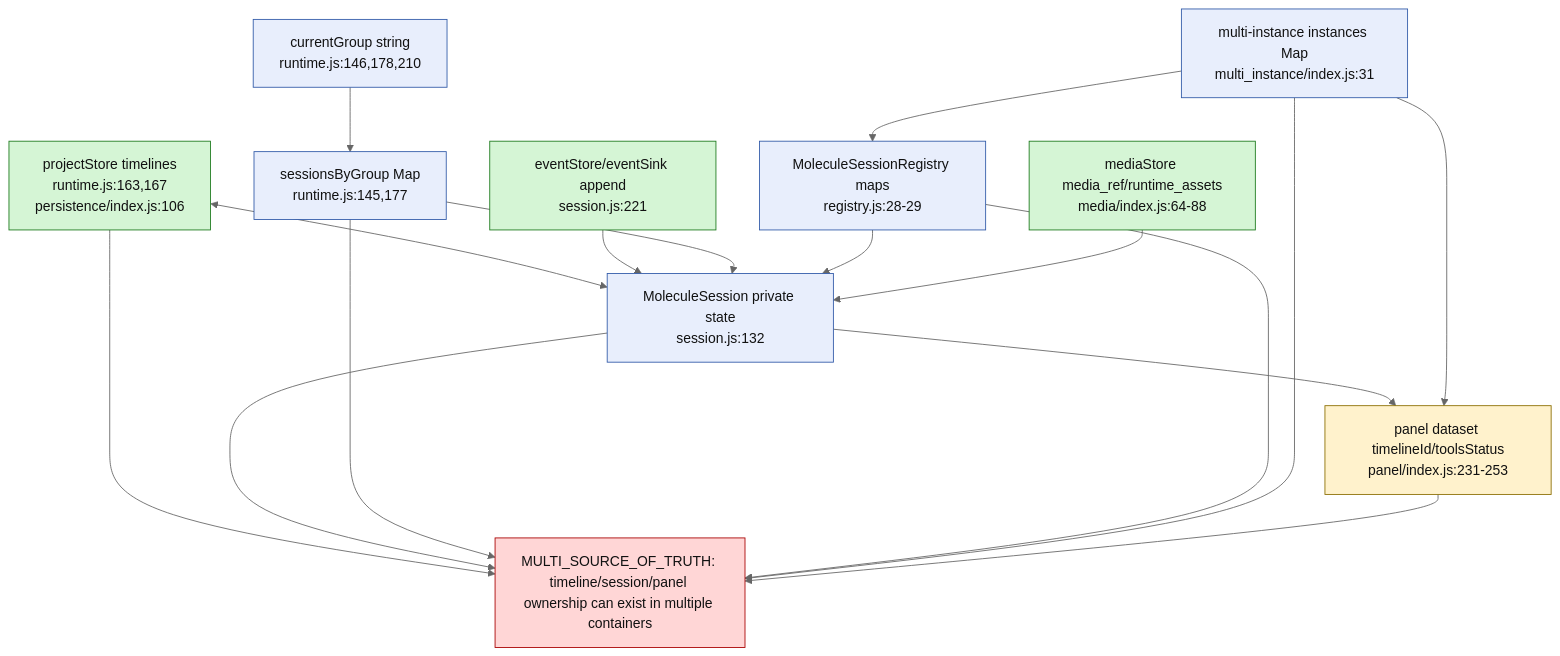
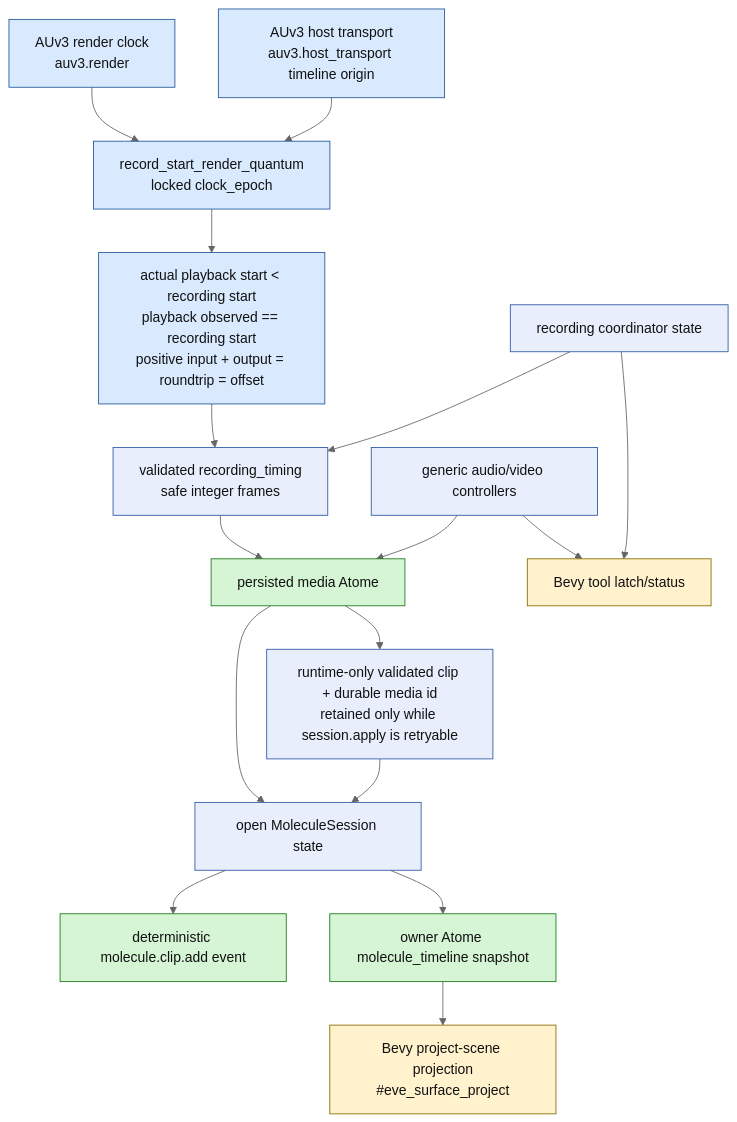
Before and after one commit to atomecorp/a: the diagram in atome/documentations/graphs/molecule/04-source-of-truth-graph.md, drawn with Mermaid (neutral theme). The commit also changed other lines of this file and 119 other files, not shown here.

````diff
--- a/atome/documentations/graphs/molecule/04-source-of-truth-graph.md
+++ b/atome/documentations/graphs/molecule/04-source-of-truth-graph.md
@@ -3,35 +3,41 @@
 ```mermaid
 flowchart TD
-  ProjectStore["projectStore timelines\nruntime.js:163,167\npersistence/index.js:106"]:::truth
-  EventStore["eventStore/eventSink append\nsession.js:221"]:::truth
-  SessionState["MoleculeSession private state\nsession.js:132"]:::runtime
-  SessionsByGroup["sessionsByGroup Map\nruntime.js:145,177"]:::runtime
-  Registry["MoleculeSessionRegistry maps\nregistry.js:28-29"]:::runtime
-  Instances["multi-instance instances Map\nmulti_instance/index.js:31"]:::runtime
-  PanelDom["panel dataset timelineId/toolsStatus\npanel/index.js:231-253"]:::ui
-  CurrentGroup["currentGroup string\nruntime.js:146,178,210"]:::runtime
-  MediaRefs["mediaStore media_ref/runtime_assets\nmedia/index.js:64-88"]:::truth
+  RenderClock["AUv3 render clock\nauv3.render"]:::clock
+  HostClock["AUv3 host transport\nauv3.host_transport timeline origin"]:::clock
+  StartQuantum["record_start_render_quantum\nlocked clock_epoch"]:::clock
+  NativeFrames["actual playback start < recording start\nplayback observed == recording start\npositive input + output = roundtrip = offset"]:::clock
 
-  ProjectStore <--> SessionState
-  EventStore --> SessionState
-  SessionState --> PanelDom
-  SessionsByGroup --> SessionState
-  Registry --> SessionState
-  Instances --> Registry
-  Instances --> PanelDom
-  CurrentGroup --> SessionsByGroup
-  MediaRefs --> SessionState
+  RenderClock --> StartQuantum
+  HostClock --> StartQuantum
+  StartQuantum --> NativeFrames
+  NativeFrames --> Timing["validated recording_timing\nsafe integer frames"]:::runtime
 
-  MultiSource["MULTI_SOURCE_OF_TRUTH: timeline/session/panel ownership can exist in multiple containers"]:::risk
-  ProjectStore --> MultiSource
-  SessionState --> MultiSource
-  SessionsByGroup --> MultiSource
-  Registry --> MultiSource
-  Instances --> MultiSource
-  PanelDom --> MultiSource
+  MediaAtome["persisted media Atome"]:::durable
+  TimelineAtome["owner Atome molecule_timeline snapshot"]:::durable
+  EventLog["deterministic molecule.clip.add event"]:::durable
+  Session["open MoleculeSession state"]:::runtime
+  Coordinator["recording coordinator state"]:::runtime
+  BevyScene["Bevy project-scene projection\n#eve_surface_project"]:::projection
+  UiLatch["Bevy tool latch/status"]:::projection
 
-  classDef truth fill:#d5f5d5,stroke:#1d7a1d,color:#111
+  Coordinator --> Timing
+  Timing --> MediaAtome
+  MediaAtome --> Session
+  Session --> EventLog
+  Session --> TimelineAtome
+  TimelineAtome --> BevyScene
+  Coordinator --> UiLatch
+
+  FinalizedCommit["runtime-only validated clip + durable media id\nretained only while session.apply is retryable"]:::runtime
+  MediaAtome --> FinalizedCommit
+  FinalizedCommit --> Session
+
+  GenericControllers["generic audio/video controllers"]:::runtime
+  GenericControllers --> MediaAtome
+  GenericControllers --> UiLatch
+
+  classDef clock fill:#d9eaff,stroke:#245a9b,color:#111
+  classDef durable fill:#d5f5d5,stroke:#1d7a1d,color:#111
   classDef runtime fill:#e8eefc,stroke:#315aa8,color:#111
-  classDef ui fill:#fff2cc,stroke:#8a6d00,color:#111
-  classDef risk fill:#ffd6d6,stroke:#a80000,color:#111
+  classDef projection fill:#fff2cc,stroke:#8a6d00,color:#111
 ```
````
